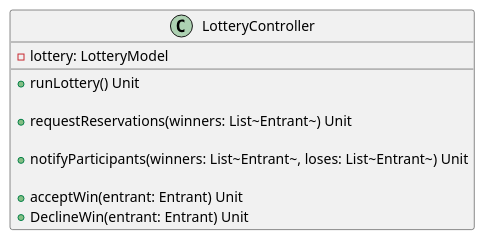
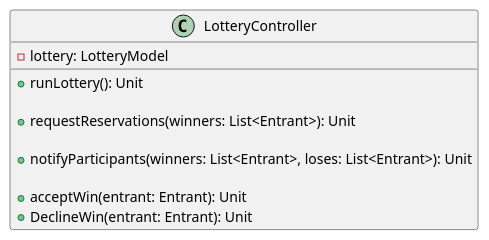
The diagram in doc/wiki-images/UML/lottery/LotteryController.puml (CMPUT301F26cipher/cipher-proj), drawn with PlantUML before and after one commit. The commit also changed 5 other files, not shown here.

```diff
--- a/doc/wiki-images/UML/lottery/LotteryController.puml
+++ b/doc/wiki-images/UML/lottery/LotteryController.puml
@@ -1,20 +1,20 @@
 class LotteryController {
     -lottery: LotteryModel
 
     ' --- constructors ---
 
 
     ' --- methods ---
     ' call draw
-    +runLottery() Unit
+    +runLottery(): Unit
 
     ' ask ReservationModel to create reservation for winners
-    +requestReservations(winners: List~Entrant~) Unit
+    +requestReservations(winners: List<Entrant>): Unit
 
     ' ask notifications to send win and lose messages
-    +notifyParticipants(winners: List~Entrant~, loses: List~Entrant~) Unit
+    +notifyParticipants(winners: List<Entrant>, loses: List<Entrant>): Unit
 
     ' manages when winning entrants accepts or declines reservation
-    +acceptWin(entrant: Entrant) Unit
-    +DeclineWin(entrant: Entrant) Unit
+    +acceptWin(entrant: Entrant): Unit
+    +DeclineWin(entrant: Entrant): Unit
 }
```
